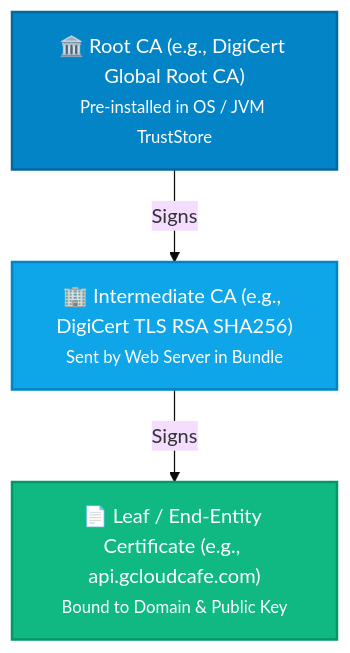
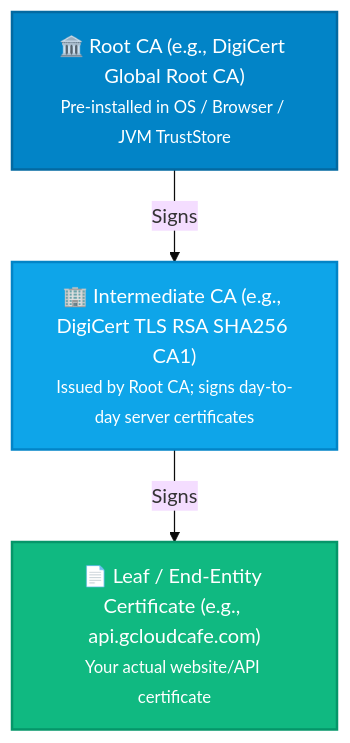
Before and after one commit to tharun15/gcloudcafe: the second of 4 diagrams in content/english/blog/understanding-tls-mtls-keystores-and-incident-management.md, drawn with Mermaid (base theme). The commit also changed other lines of this file, not shown here.

Commit message:
docs(blog): restructure TLS and mTLS guide for progressive pedagogical flow

````diff
--- a/content/english/blog/understanding-tls-mtls-keystores-and-incident-management.md
+++ b/content/english/blog/understanding-tls-mtls-keystores-and-incident-management.md
@@ -73,13 +86,13 @@
 ```mermaid
 graph TD
-    Root["🏛️ Root CA (e.g., DigiCert Global Root CA)<br/><small>Pre-installed in OS / JVM TrustStore</small>"]
-    Inter["🏢 Intermediate CA (e.g., DigiCert TLS RSA SHA256)<br/><small>Sent by Web Server in Bundle</small>"]
-    Leaf["📄 Leaf / End-Entity Certificate (e.g., api.gcloudcafe.com)<br/><small>Bound to Domain & Public Key</small>"]
+    Root["🏛️ Root CA (e.g., DigiCert Global Root CA)<br/><small>Pre-installed in OS / Browser / JVM TrustStore</small>"]
+    Inter["🏢 Intermediate CA (e.g., DigiCert TLS RSA SHA256 CA1)<br/><small>Issued by Root CA; signs day-to-day server certificates</small>"]
+    Leaf["📄 Leaf / End-Entity Certificate (e.g., api.gcloudcafe.com)<br/><small>Your actual website/API certificate</small>"]
 
     Root -->|Signs| Inter
     Inter -->|Signs| Leaf
 
     style Root fill:#0284c7,stroke:#0369a1,color:#ffffff,stroke-width:2px;
     style Inter fill:#0ea5e9,stroke:#0284c7,color:#ffffff,stroke-width:2px;
     style Leaf fill:#10b981,stroke:#059669,color:#ffffff,stroke-width:2px;
 ```
````
